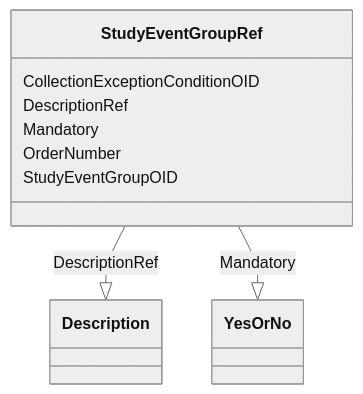
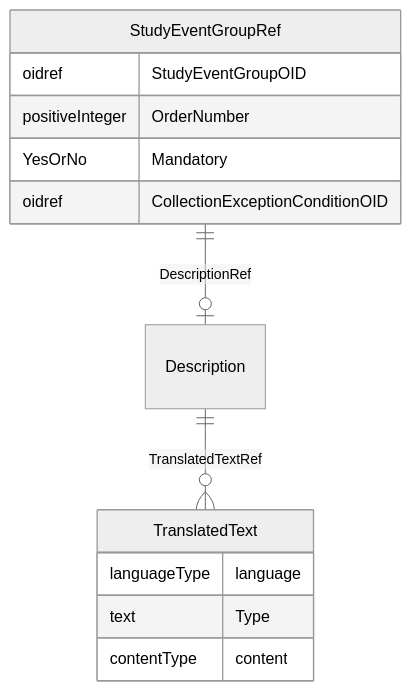
The diagram in docs/StudyEventGroupRef.md (cdisc-org/DataExchange-ODM-LinkML), drawn with Mermaid (neutral theme) before and after one commit. The commit also changed other lines of this file and 181 other files, not shown here.

Commit message:
ER diagrams working via templates and removing names with underscores

````diff
--- a/docs/StudyEventGroupRef.md
+++ b/docs/StudyEventGroupRef.md
@@ -14,19 +11,21 @@
 ```mermaid
- classDiagram
-    class StudyEventGroupRef
-      StudyEventGroupRef : CollectionExceptionConditionOID
-        
-      StudyEventGroupRef : DescriptionRef
-        
-          StudyEventGroupRef --|> Description : DescriptionRef
-        
-      StudyEventGroupRef : Mandatory
-        
-          StudyEventGroupRef --|> YesOrNo : Mandatory
-        
-      StudyEventGroupRef : OrderNumber
-        
-      StudyEventGroupRef : StudyEventGroupOID
-        
-      
+erDiagram
+StudyEventGroupRef {
+    oidref StudyEventGroupOID  
+    positiveInteger OrderNumber  
+    YesOrNo Mandatory  
+    oidref CollectionExceptionConditionOID  
+}
+Description {
+
+}
+TranslatedText {
+    languageType language  
+    text Type  
+    contentType content  
+}
+
+StudyEventGroupRef ||--|o Description : "DescriptionRef"
+Description ||--}o TranslatedText : "TranslatedTextRef"
+
 ```
````
